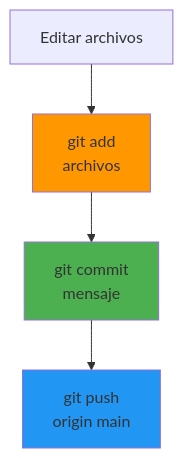
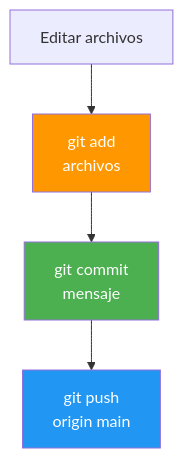
One commit to joseluisgs/DesarrolloWebEntornosServidor-01-2026-2027 changed the seventh of 10 diagrams in csharp_inicial/01-ControlVersiones.md. Above: the diagram before and after it, drawn with Mermaid. The commit also changed other lines of this file and 66 other files, not shown here.

First line of the commit message:
fix: normalizar titulos al castellano de frase y corregir la paleta de mermaid

````diff
--- a/csharp_inicial/01-ControlVersiones.md
+++ b/csharp_inicial/01-ControlVersiones.md
@@ -177,10 +177,10 @@
 ```mermaid
 flowchart TD
     A["Editar archivos"] --> B["git add<br/>archivos"]
     B --> C["git commit<br/>mensaje"]
     C --> D["git push<br/>origin main"]
     
-    style B fill:#FF9800
-    style C fill:#4CAF50
-    style D fill:#2196F3
+    style B fill:#FF9800,color:#fff
+    style C fill:#4CAF50,color:#fff
+    style D fill:#2196F3,color:#fff
 ```
````
